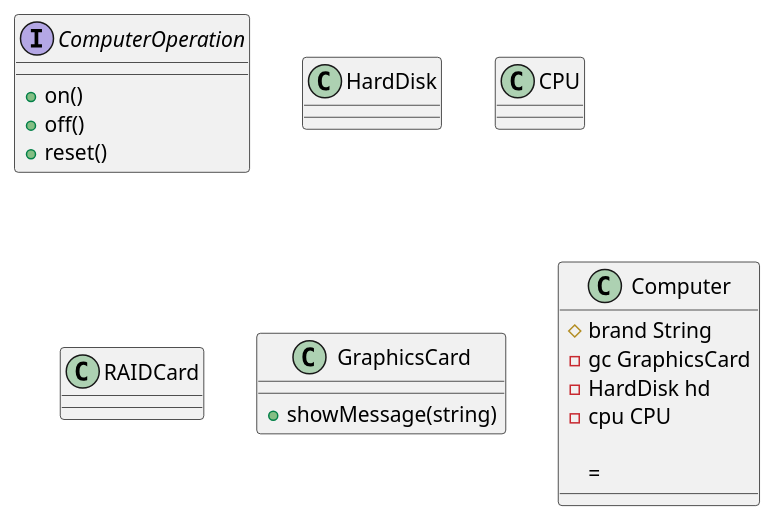
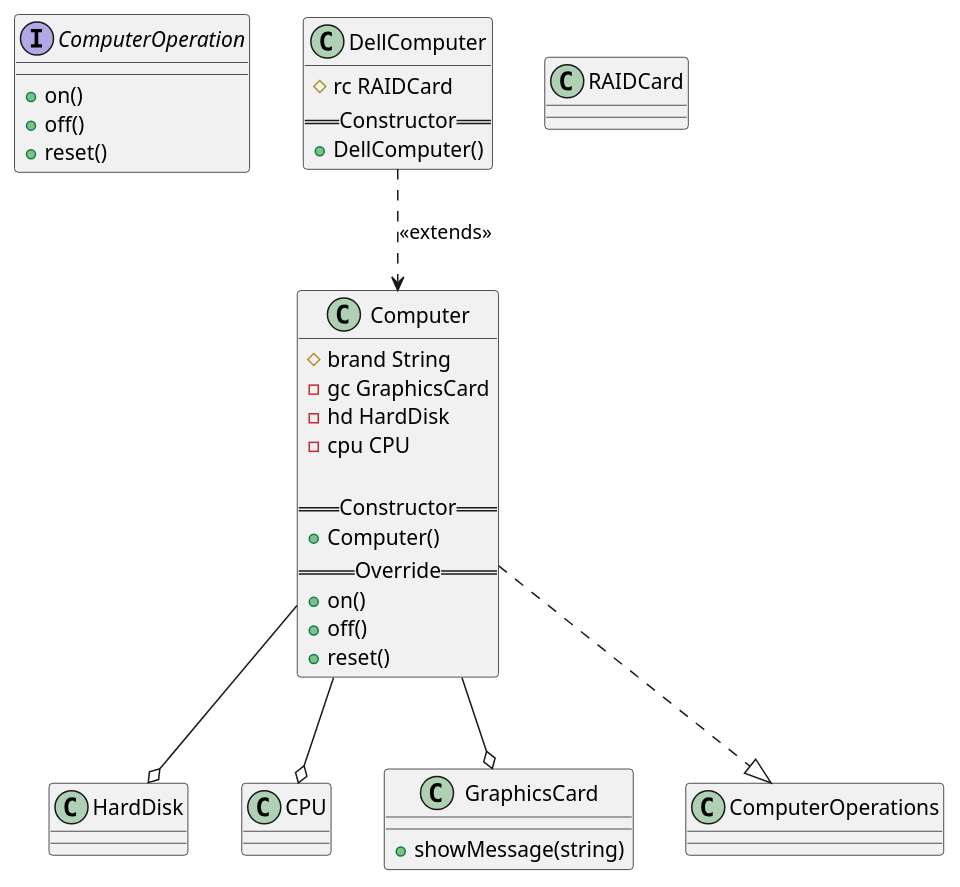
Before and after one commit to Anxiu0101/Semester4LectureNotes: the diagram in CS335FZ-Software-Engineering-Software-Process/FinalExam/SampleQuestions.md, drawn with PlantUML.

Commit message:
vault backup: 2022-06-21 16:41:32

````diff
--- a/CS335FZ-Software-Engineering-Software-Process/FinalExam/SampleQuestions.md
+++ b/CS335FZ-Software-Engineering-Software-Process/FinalExam/SampleQuestions.md
@@ -268,22 +268,37 @@
 ```puml
 interface ComputerOperation {
 	+ on()
 	+ off()
 	+ reset()
 }
 
 class HardDisk{}
 class CPU{}
 class RAIDCard{}
 class GraphicsCard{
 	+ showMessage(string)
 }
 class Computer {
 	# brand String
 	- gc GraphicsCard
-	- HardDisk hd
+	- hd HardDisk
 	- cpu CPU
 	
-	=
+	== Constructor ==
+	+ Computer()
+	== Override ==
+	+ on()
+	+ off()
+	+ reset()
 }
+Computer ..|> ComputerOperations
+Computer --o GraphicsCard
+Computer --o HardDisk
+Computer --o CPU
+class DellComputer {
+	# rc RAIDCard
+	== Constructor ==
+	+ DellComputer()
+}
+DellComputer ..> Computer: <<extends>>
 ```
````
